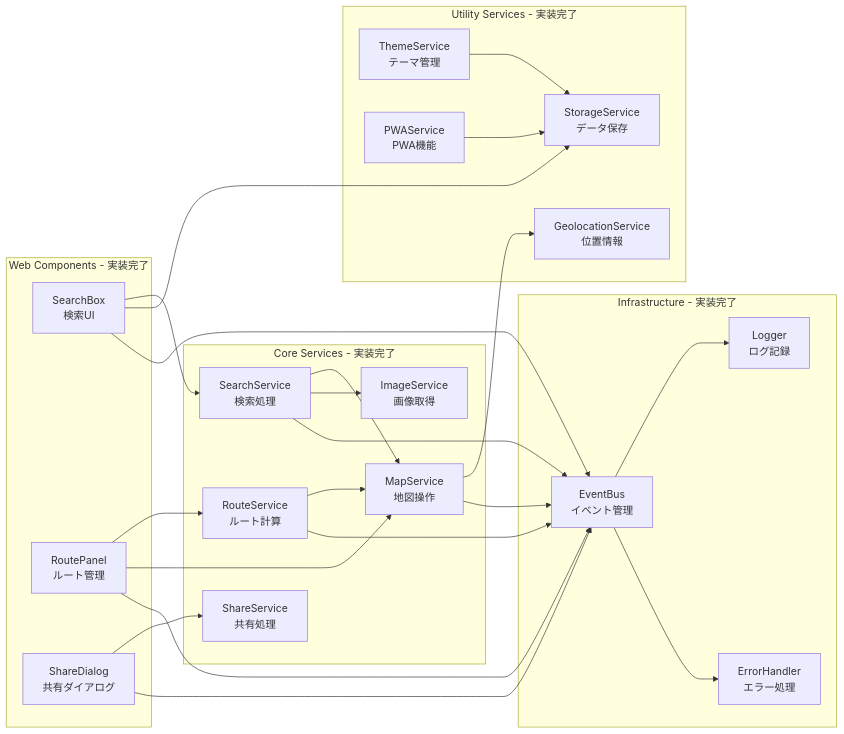
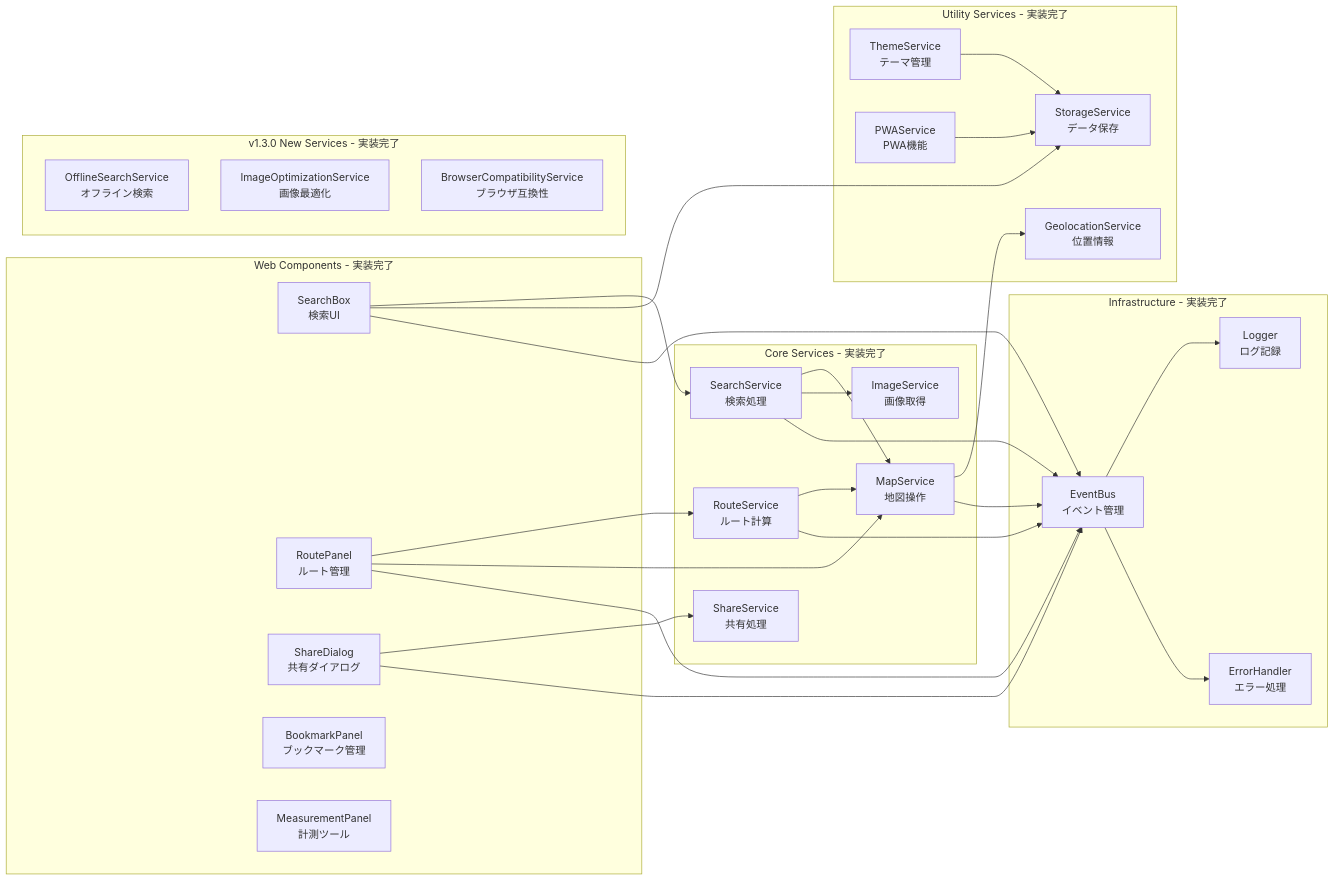
One commit to masatamo-aws/kiro-oss-map changed the fifth of 56 diagrams in docs/logicalarchitecture.md. Above: the diagram before and after it, drawn with Mermaid. The commit also changed other lines of this file and 39 other files, not shown here.

````diff
--- a/docs/logicalarchitecture.md
+++ b/docs/logicalarchitecture.md
@@ -172,54 +202,62 @@
 ```mermaid
 graph LR
     subgraph "Web Components - 実装完了"
         SEARCHBOX[SearchBox<br/>検索UI]
         ROUTEPANEL[RoutePanel<br/>ルート管理]
         SHAREDIALOG[ShareDialog<br/>共有ダイアログ]
+        BOOKMARKPANEL[BookmarkPanel<br/>ブックマーク管理]
+        MEASUREPANEL[MeasurementPanel<br/>計測ツール]
     end
     
     subgraph "Core Services - 実装完了"
         MAPSERVICE[MapService<br/>地図操作]
         SEARCHSERVICE[SearchService<br/>検索処理]
         ROUTESERVICE[RouteService<br/>ルート計算]
         SHARESERVICE[ShareService<br/>共有処理]
         IMAGESERVICE[ImageService<br/>画像取得]
+    end
+    
+    subgraph "v1.3.0 New Services - 実装完了"
+        OFFLINE_SEARCH[OfflineSearchService<br/>オフライン検索]
+        IMAGE_OPT[ImageOptimizationService<br/>画像最適化]
+        BROWSER_COMPAT[BrowserCompatibilityService<br/>ブラウザ互換性]
     end
     
     subgraph "Utility Services - 実装完了"
         GEOSERVICE[GeolocationService<br/>位置情報]
         THEMESERVICE[ThemeService<br/>テーマ管理]
         STORAGESERVICE[StorageService<br/>データ保存]
         PWASERVICE[PWAService<br/>PWA機能]
     end
     
     subgraph "Infrastructure - 実装完了"
         EVENTBUS[EventBus<br/>イベント管理]
         LOGGER[Logger<br/>ログ記録]
         ERRORHANDLER[ErrorHandler<br/>エラー処理]
     end
     
     SEARCHBOX --> SEARCHSERVICE
     SEARCHBOX --> STORAGESERVICE
     ROUTEPANEL --> ROUTESERVICE
     ROUTEPANEL --> MAPSERVICE
     SHAREDIALOG --> SHARESERVICE
     
     SEARCHSERVICE --> MAPSERVICE
     SEARCHSERVICE --> IMAGESERVICE
     ROUTESERVICE --> MAPSERVICE
     MAPSERVICE --> GEOSERVICE
     
     SEARCHBOX --> EVENTBUS
     ROUTEPANEL --> EVENTBUS
     SHAREDIALOG --> EVENTBUS
     
     MAPSERVICE --> EVENTBUS
     SEARCHSERVICE --> EVENTBUS
     ROUTESERVICE --> EVENTBUS
     
     EVENTBUS --> LOGGER
     EVENTBUS --> ERRORHANDLER
     
     THEMESERVICE --> STORAGESERVICE
     PWASERVICE --> STORAGESERVICE
 ```
````
